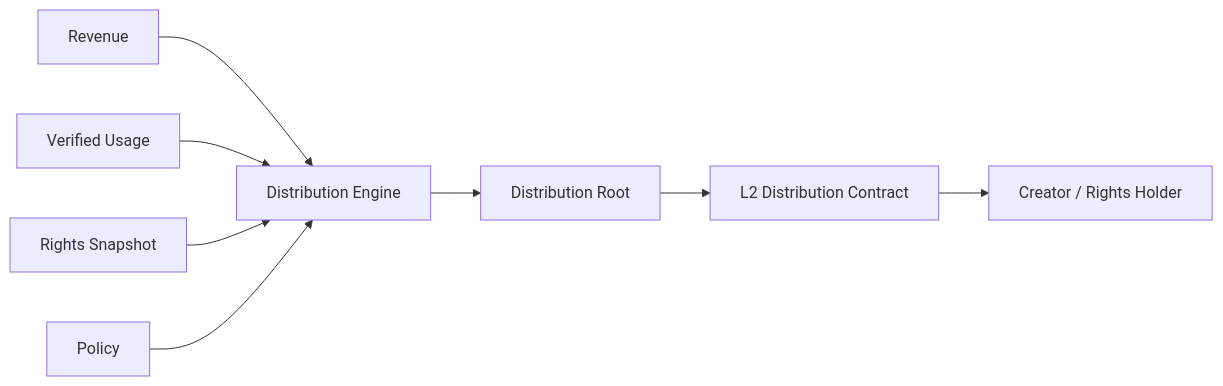
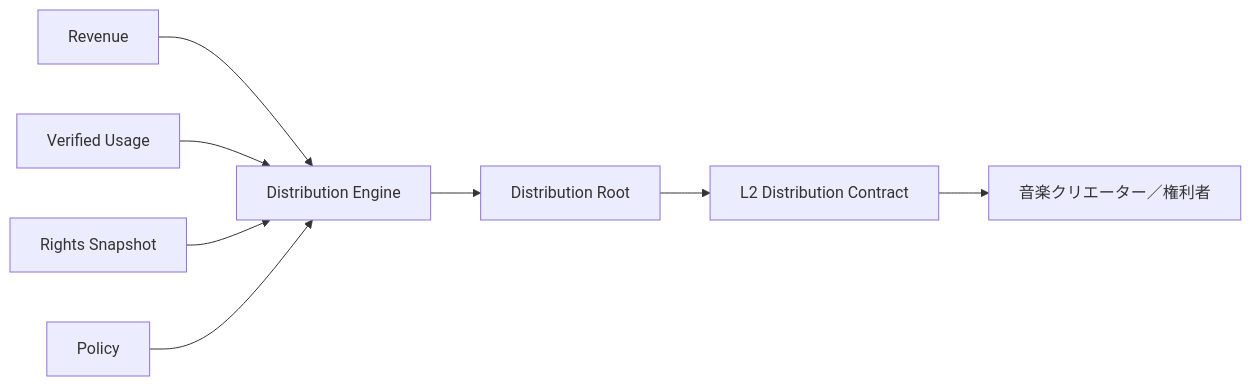
One commit to ShigeichiroYamasaki/creator-first-platform changed the fourth of 4 diagrams in docs/adr/ADR-0007-blockchain-l2-strategy.md. Above: the diagram before and after it, drawn with Mermaid. The commit also changed other lines of this file and 67 other files, not shown here.

````diff
--- a/docs/adr/ADR-0007-blockchain-l2-strategy.md
+++ b/docs/adr/ADR-0007-blockchain-l2-strategy.md
@@ -373,17 +373,17 @@
 ```mermaid
 flowchart LR
     REV[Revenue]
     USAGE[Verified Usage]
     RIGHTS[Rights Snapshot]
     POLICY[Policy]
     ENGINE[Distribution Engine]
     ROOT[Distribution Root]
     CONTRACT[L2 Distribution Contract]
-    PAY[Creator / Rights Holder]
+    PAY[音楽クリエーター／権利者]
 
     REV --> ENGINE
     USAGE --> ENGINE
     RIGHTS --> ENGINE
     POLICY --> ENGINE
     ENGINE --> ROOT --> CONTRACT --> PAY
 ```
````
